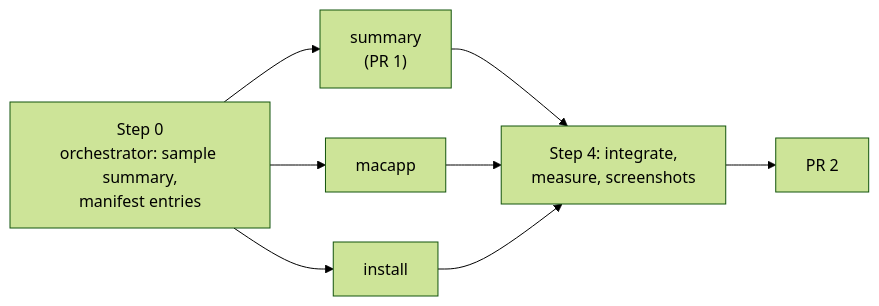
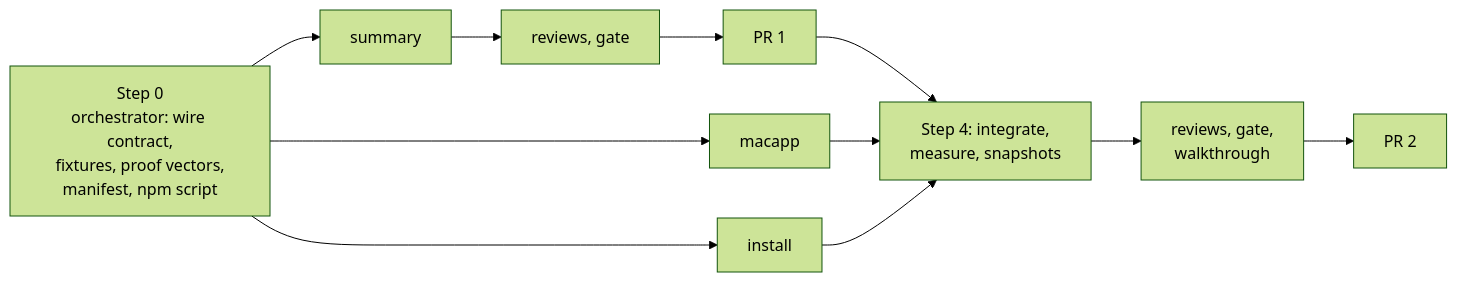
One commit to kenxle/live-agentic-html-editor changed the diagram in docs/features/20261012.01_menu_bar_app/03_plan_menu_bar_app.md. Above: the diagram before and after it, drawn with Mermaid (forest theme). The commit also changed other lines of this file and 9 other files, not shown here.

Commit message:
Menu bar app: plan review integrated (wire contract, test labels, seed on first read, hide-safe rebuild)

````diff
--- a/docs/features/20261012.01_menu_bar_app/03_plan_menu_bar_app.md
+++ b/docs/features/20261012.01_menu_bar_app/03_plan_menu_bar_app.md
@@ -13,10 +13,11 @@
 ```mermaid
 flowchart LR
-    S0["Step 0<br/>orchestrator: sample summary,<br/>manifest entries"] --> A["summary<br/>(PR 1)"]
+    S0["Step 0<br/>orchestrator: wire contract,<br/>fixtures, proof vectors,<br/>manifest, npm script"] --> A["summary"]
     S0 --> B["macapp"]
     S0 --> C["install"]
-    A --> I["Step 4: integrate,<br/>measure, screenshots"]
+    A --> R1["reviews, gate"] --> P1["PR 1"]
+    P1 --> I["Step 4: integrate,<br/>measure, snapshots"]
     B --> I
     C --> I
-    I --> P2["PR 2"]
+    I --> R2["reviews, gate,<br/>walkthrough"] --> P2["PR 2"]
 ```
````
